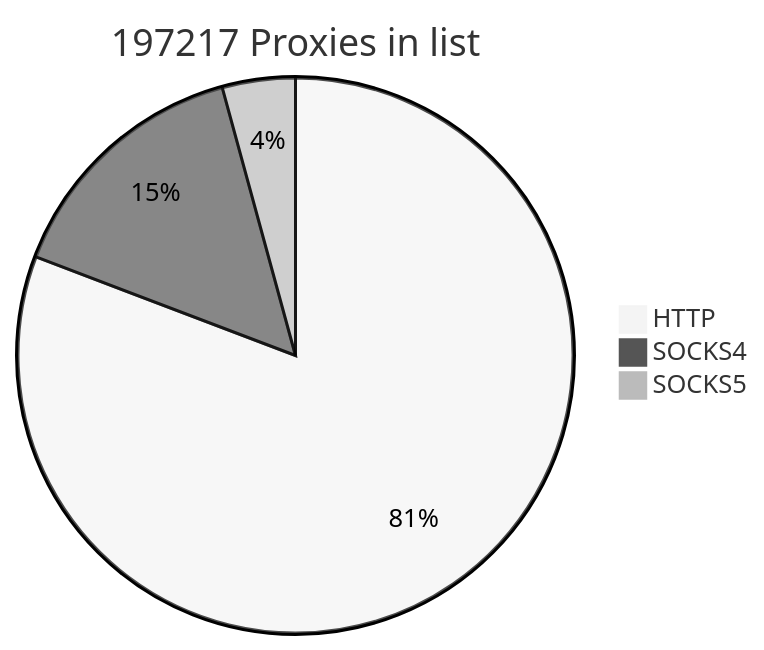
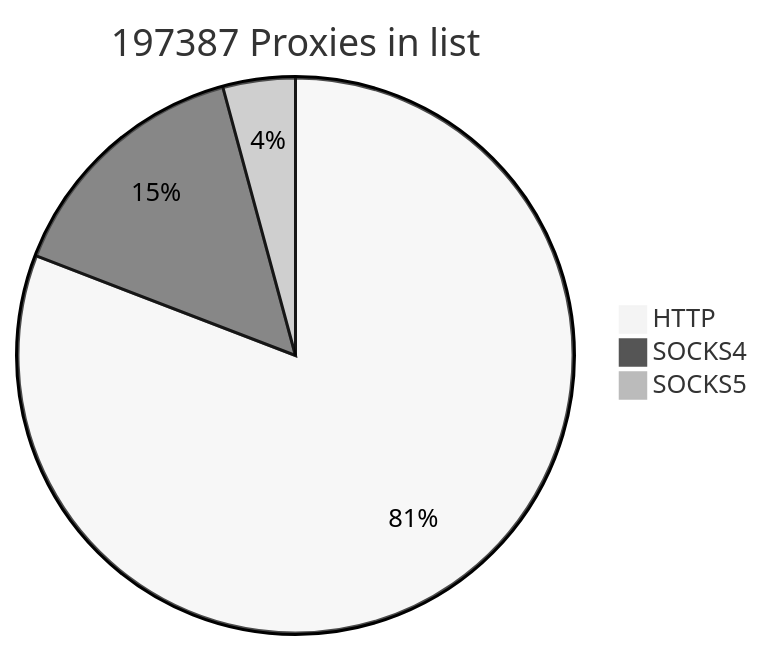
One commit to cutipu/proxylist changed the first of 2 diagrams in README.md. Above: the diagram before and after it, drawn with Mermaid (neutral theme). The commit also changed other lines of this file, not shown here.

````diff
--- a/README.md
+++ b/README.md
@@ -2,7 +2,7 @@
 ```mermaid
-pie title 197217 Proxies in list
-    "HTTP" : 159314
-    "SOCKS4" : 29528
-    "SOCKS5" : 8375
+pie title 197387 Proxies in list
+    "HTTP" : 159567
+    "SOCKS4" : 29511
+    "SOCKS5" : 8309
             
 ```
````
